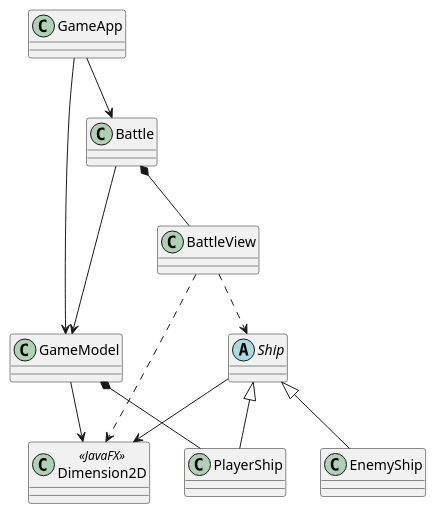
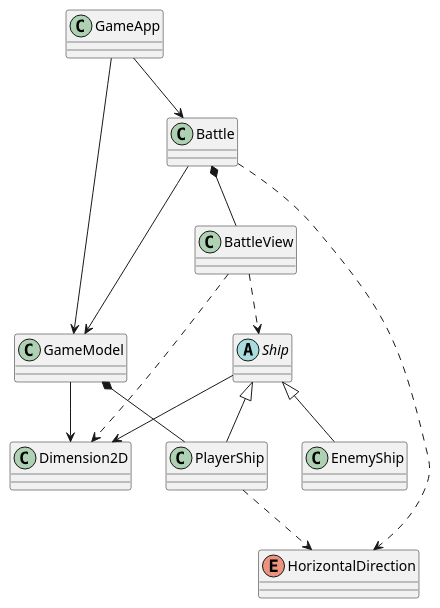
Before and after one commit to lishaduck/csse220-project: the diagram in uml.puml, drawn with PlantUML. The commit also changed 7 other files, not shown here.

```diff
--- a/uml.puml
+++ b/uml.puml
@@ -1,22 +1,25 @@
 @startuml
 class GameApp
 class Battle
 class BattleView
 class GameModel
 abstract class Ship
 class PlayerShip
 class EnemyShip
-class Dimension2D <<JavaFX>>
+class Dimension2D
+enum HorizontalDirection
 
 GameApp --> GameModel
 GameApp --> Battle
 Battle *-- BattleView
 Battle --> GameModel
+Battle ..> HorizontalDirection
 GameModel *-- PlayerShip
 GameModel --> Dimension2D
 Ship <|-- PlayerShip
 Ship <|-- EnemyShip
 Ship --> Dimension2D
+PlayerShip ..> HorizontalDirection
 BattleView ..> Ship
 BattleView ..> Dimension2D
 @enduml
```
